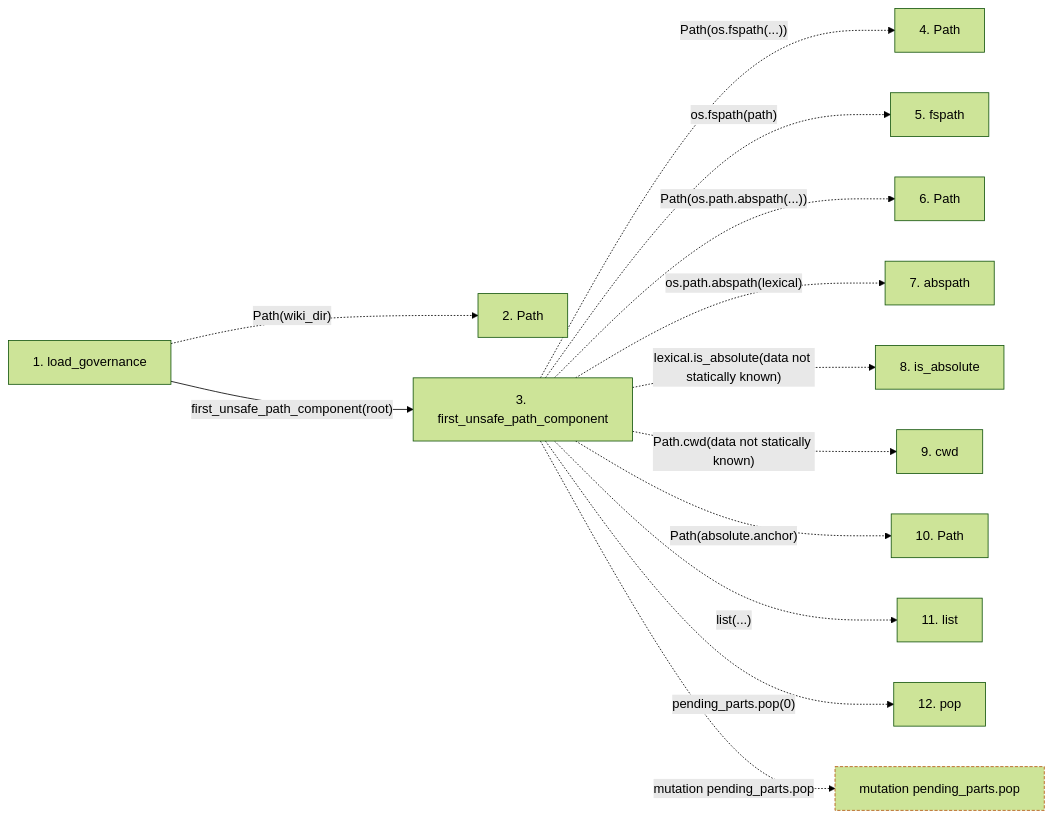
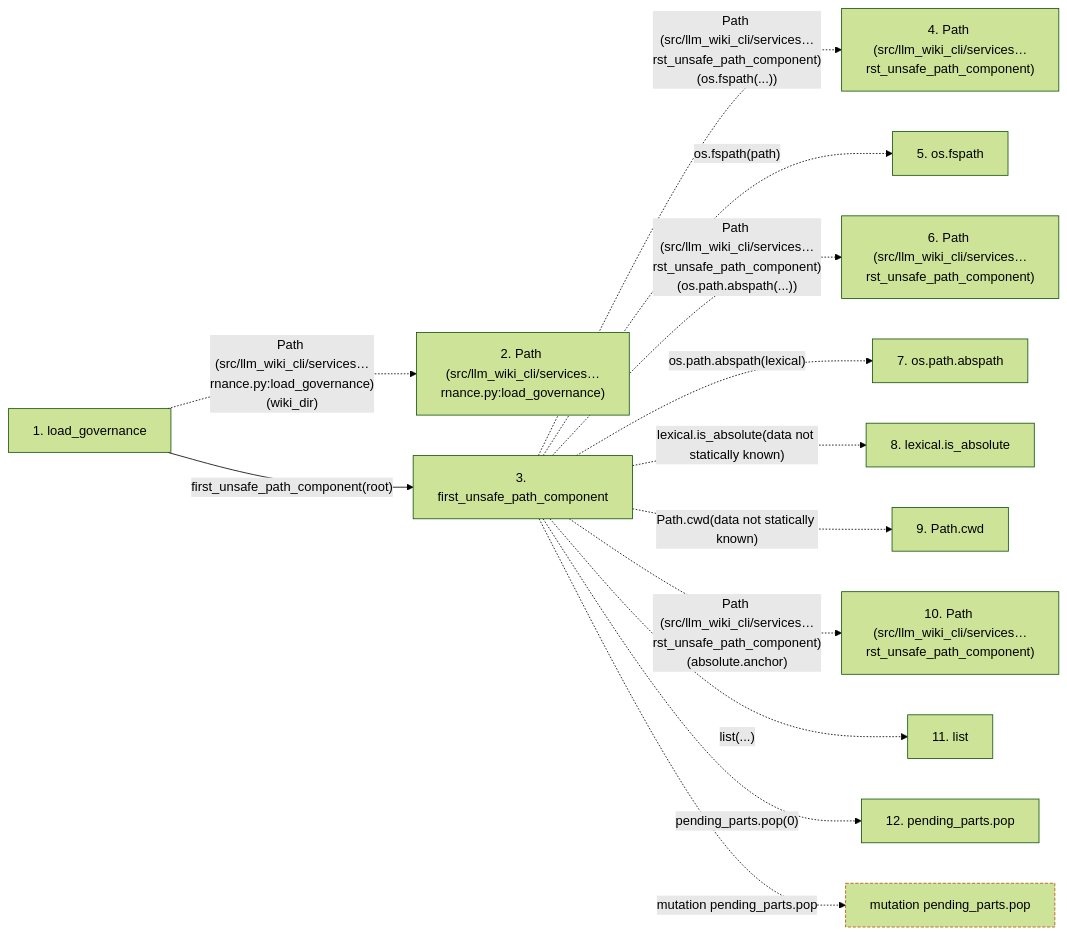
Before and after one commit to Denissvgn/python-wiki-llm: the second of 2 diagrams in docs/llm_wiki/flows/api-load_governance.md, drawn with Mermaid (forest theme). The commit also changed other lines of this file and 719 other files, not shown here.

````diff
--- a/docs/llm_wiki/flows/api-load_governance.md
+++ b/docs/llm_wiki/flows/api-load_governance.md
@@ -79,32 +82,32 @@
 ```mermaid
 flowchart LR
     s1["1. load_governance"]
-    s2["2. Path"]
+    s2["2. Path (src/llm_wiki_cli/services…rnance.py:load_governance)"]
     s3["3. first_unsafe_path_component"]
-    s4["4. Path"]
-    s5["5. fspath"]
-    s6["6. Path"]
-    s7["7. abspath"]
-    s8["8. is_absolute"]
-    s9["9. cwd"]
-    s10["10. Path"]
+    s4["4. Path (src/llm_wiki_cli/services…rst_unsafe_path_component)"]
+    s5["5. os.fspath"]
+    s6["6. Path (src/llm_wiki_cli/services…rst_unsafe_path_component)"]
+    s7["7. os.path.abspath"]
+    s8["8. lexical.is_absolute"]
+    s9["9. Path.cwd"]
+    s10["10. Path (src/llm_wiki_cli/services…rst_unsafe_path_component)"]
     s11["11. list"]
-    s12["12. pop"]
-    s1 -. "Path(wiki_dir)" .-> s2
+    s12["12. pending_parts.pop"]
+    s1 -. "Path (src/llm_wiki_cli/services…rnance.py:load_governance)(wiki_dir)" .-> s2
     s1 -->|"first_unsafe_path_component(root)"| s3
-    s3 -. "Path(os.fspath(...))" .-> s4
+    s3 -. "Path (src/llm_wiki_cli/services…rst_unsafe_path_component)(os.fspath(...))" .-> s4
     s3 -. "os.fspath(path)" .-> s5
-    s3 -. "Path(os.path.abspath(...))" .-> s6
+    s3 -. "Path (src/llm_wiki_cli/services…rst_unsafe_path_component)(os.path.abspath(...))" .-> s6
     s3 -. "os.path.abspath(lexical)" .-> s7
     s3 -. "lexical.is_absolute(data not statically known)" .-> s8
     s3 -. "Path.cwd(data not statically known)" .-> s9
-    s3 -. "Path(absolute.anchor)" .-> s10
+    s3 -. "Path (src/llm_wiki_cli/services…rst_unsafe_path_component)(absolute.anchor)" .-> s10
     s3 -. "list(...)" .-> s11
     s3 -. "pending_parts.pop(0)" .-> s12
     b0["mutation pending_parts.pop"]
     s3 -. "mutation pending_parts.pop" .-> b0
     click s1 "../modules/knowledge_governance.md"
     click s3 "../modules/io.md"
     classDef boundary stroke:#b45309,stroke-dasharray: 4 2
     class b0 boundary
 ```
````
